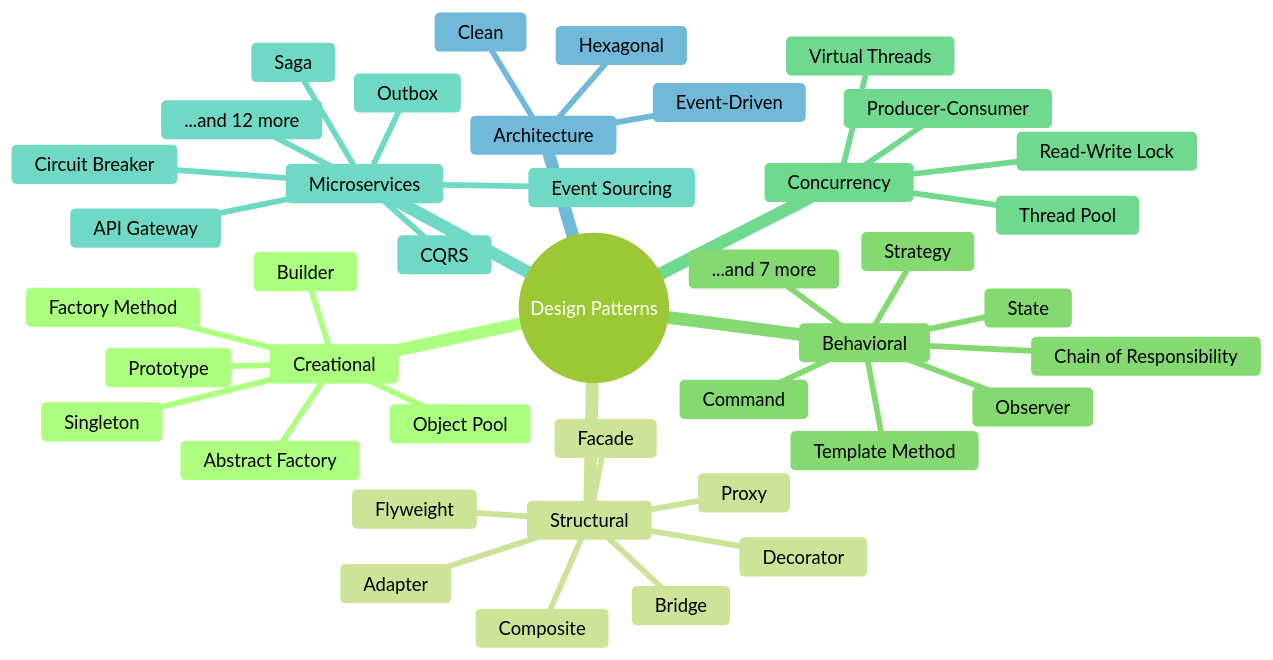
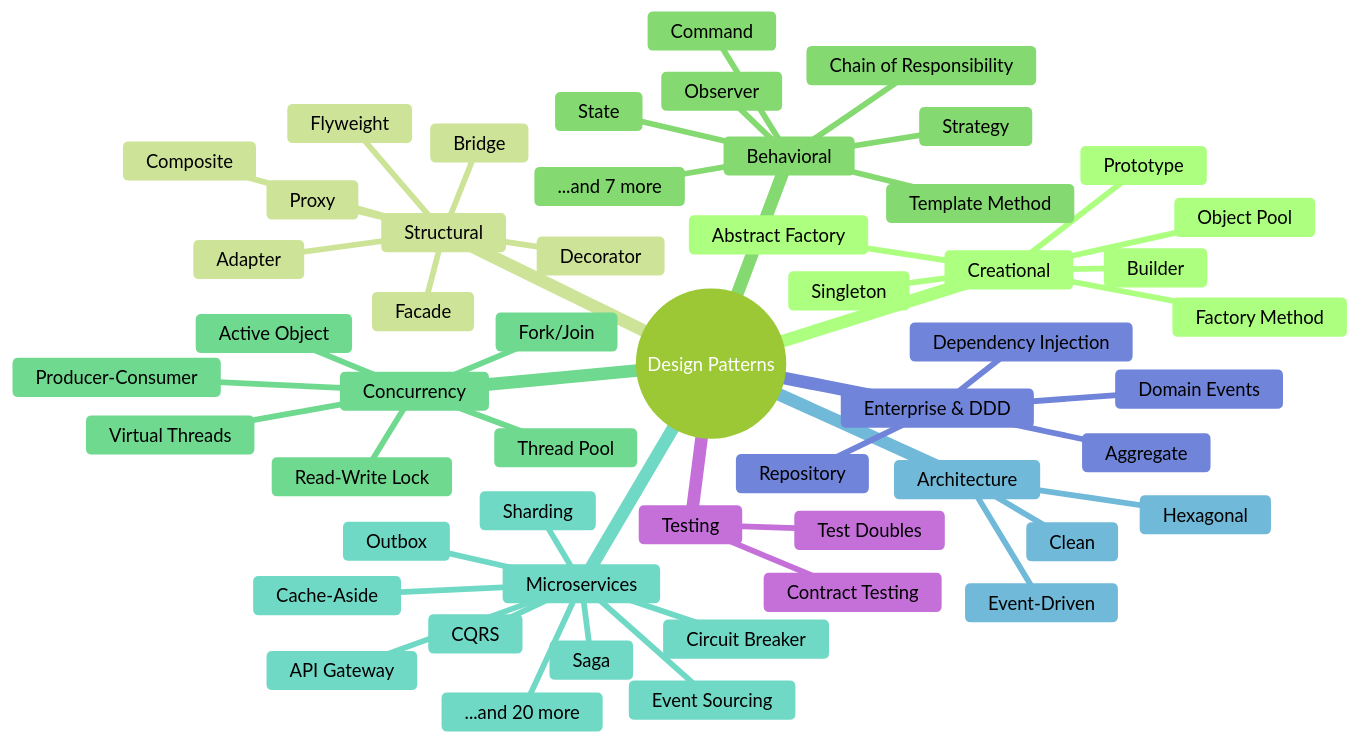
The diagram in docs/index.md (khiruashish/java-design-pattern), drawn with Mermaid (forest theme) before and after one commit. The commit also changed other lines of this file and 126 other files, not shown here.

First line of the commit message:
Add Testing section, wire new sections into nav, and refresh README, roadmap and landing page

````diff
--- a/docs/index.md
+++ b/docs/index.md
@@ -97,44 +97,56 @@
 ```mermaid
 mindmap
   root((Design Patterns))
     Creational
       Singleton
       Factory Method
       Abstract Factory
       Builder
       Prototype
       Object Pool
     Structural
       Adapter
       Bridge
       Composite
       Decorator
       Facade
       Flyweight
       Proxy
     Behavioral
       Strategy
       Observer
       State
       Command
       Chain of Responsibility
       Template Method
       ...and 7 more
     Concurrency
       Producer-Consumer
       Thread Pool
       Read-Write Lock
       Virtual Threads
+      Fork/Join
+      Active Object
     Microservices
       API Gateway
       Circuit Breaker
       Saga
       Outbox
       CQRS
       Event Sourcing
-      ...and 12 more
+      Cache-Aside
+      Sharding
+      ...and 20 more
     Architecture
       Hexagonal
       Clean
       Event-Driven
+    Enterprise & DDD
+      Dependency Injection
+      Repository
+      Aggregate
+      Domain Events
+    Testing
+      Test Doubles
+      Contract Testing
 ```
````
